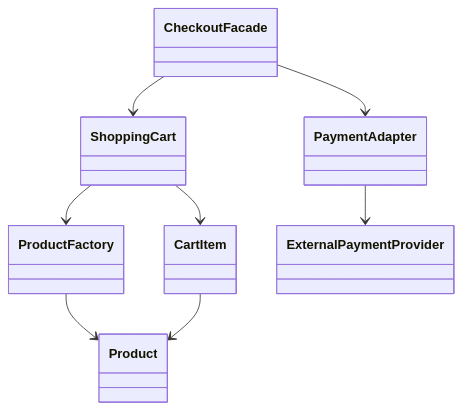
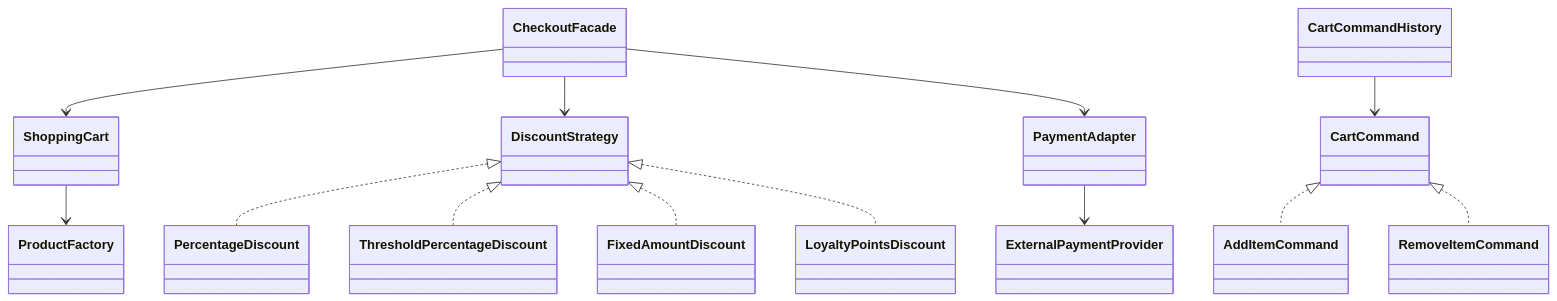
Before and after one commit to ArcielB/evolving-cart-patterns: the diagram in README.md, drawn with Mermaid. The commit also changed other lines of this file and 2 other files, not shown here.

````diff
--- a/README.md
+++ b/README.md
@@ -47,10 +42,15 @@
 ```mermaid
 classDiagram
     ShoppingCart --> ProductFactory
-    ProductFactory --> Product
-    ShoppingCart --> CartItem
-    CartItem --> Product
     CheckoutFacade --> ShoppingCart
+    CheckoutFacade --> DiscountStrategy
     CheckoutFacade --> PaymentAdapter
     PaymentAdapter --> ExternalPaymentProvider
+    DiscountStrategy <|.. PercentageDiscount
+    DiscountStrategy <|.. ThresholdPercentageDiscount
+    DiscountStrategy <|.. FixedAmountDiscount
+    DiscountStrategy <|.. LoyaltyPointsDiscount
+    CartCommand <|.. AddItemCommand
+    CartCommand <|.. RemoveItemCommand
+    CartCommandHistory --> CartCommand
 ```
````
